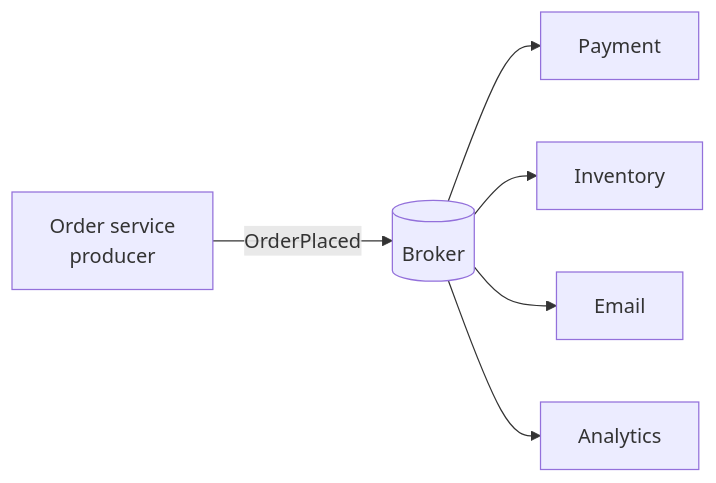
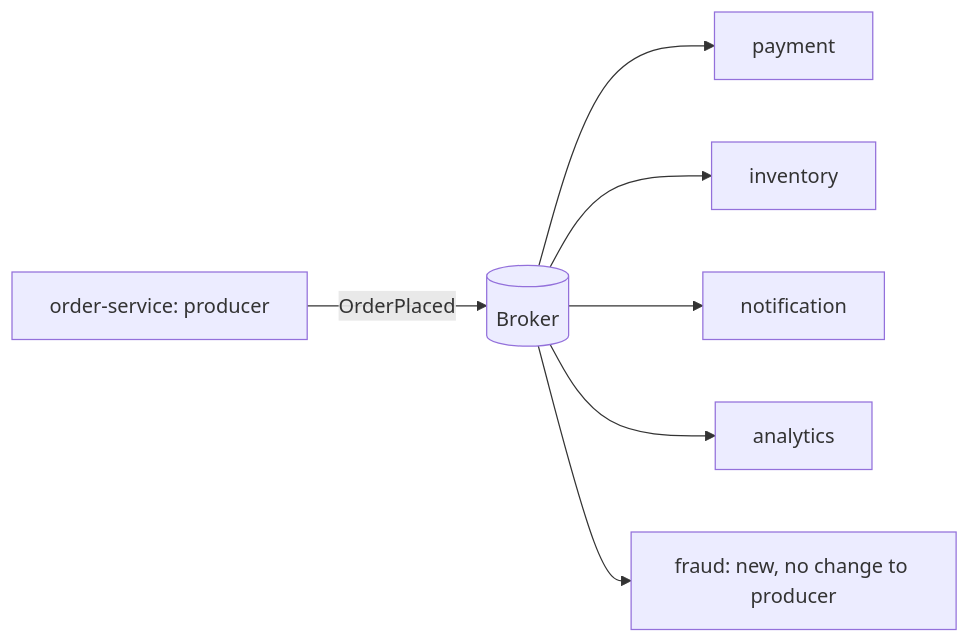
Before and after one commit to jubin-techwiz/learning: the second of 2 diagrams in notes/02-messaging/01-messaging-overview.md, drawn with Mermaid. The commit also changed other lines of this file and 10 other files, not shown here.

First line of the commit message:
Add Kafka fundamentals notes and the learning-flow layout

````diff
--- a/notes/02-messaging/01-messaging-overview.md
+++ b/notes/02-messaging/01-messaging-overview.md
@@ -39,8 +43,9 @@
 ```mermaid
 flowchart LR
-    O[Order service<br/>producer] -->|OrderPlaced| B[(Broker)]
-    B --> P[Payment]
-    B --> I[Inventory]
-    B --> E[Email]
-    B --> A[Analytics]
+    O[order-service: producer] -->|OrderPlaced| B[(Broker)]
+    B --> P[payment]
+    B --> I[inventory]
+    B --> N[notification]
+    B --> A[analytics]
+    B --> F[fraud: new, no change to producer]
 ```
````
